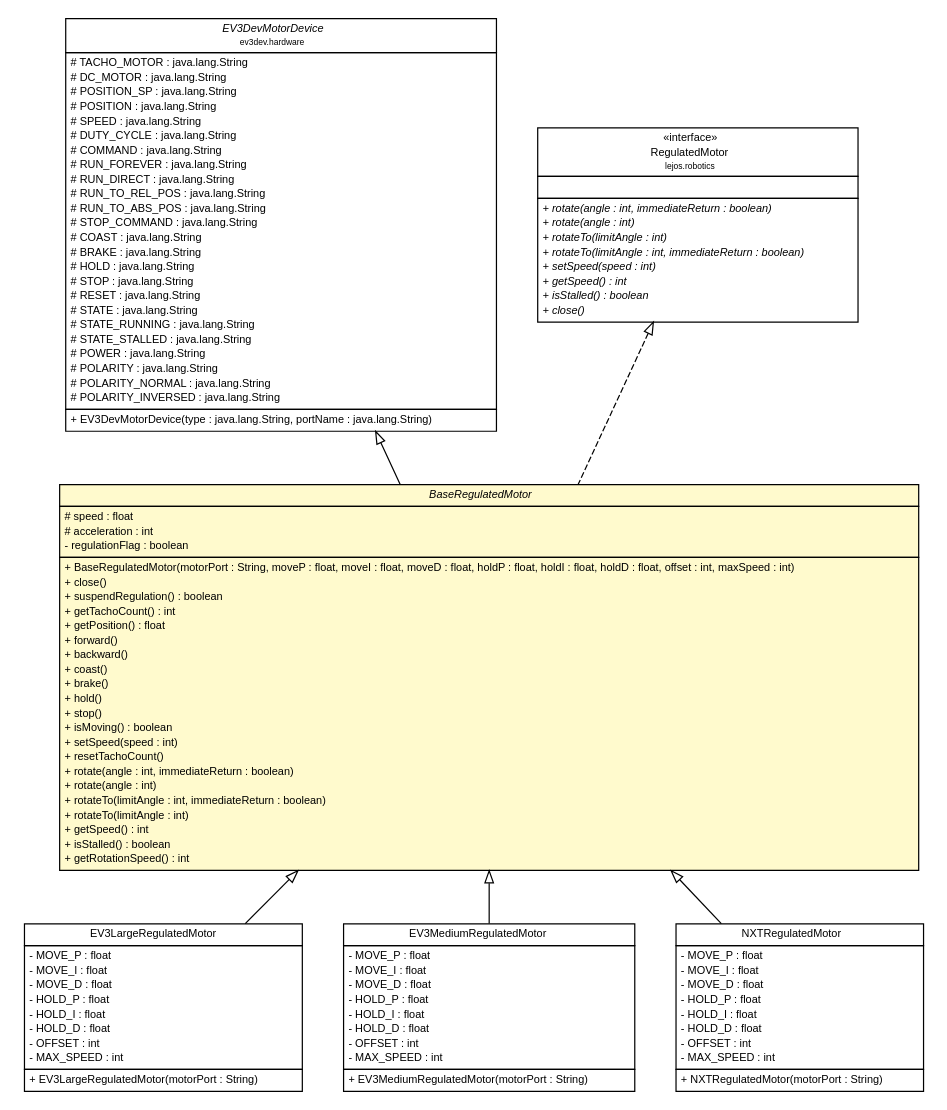
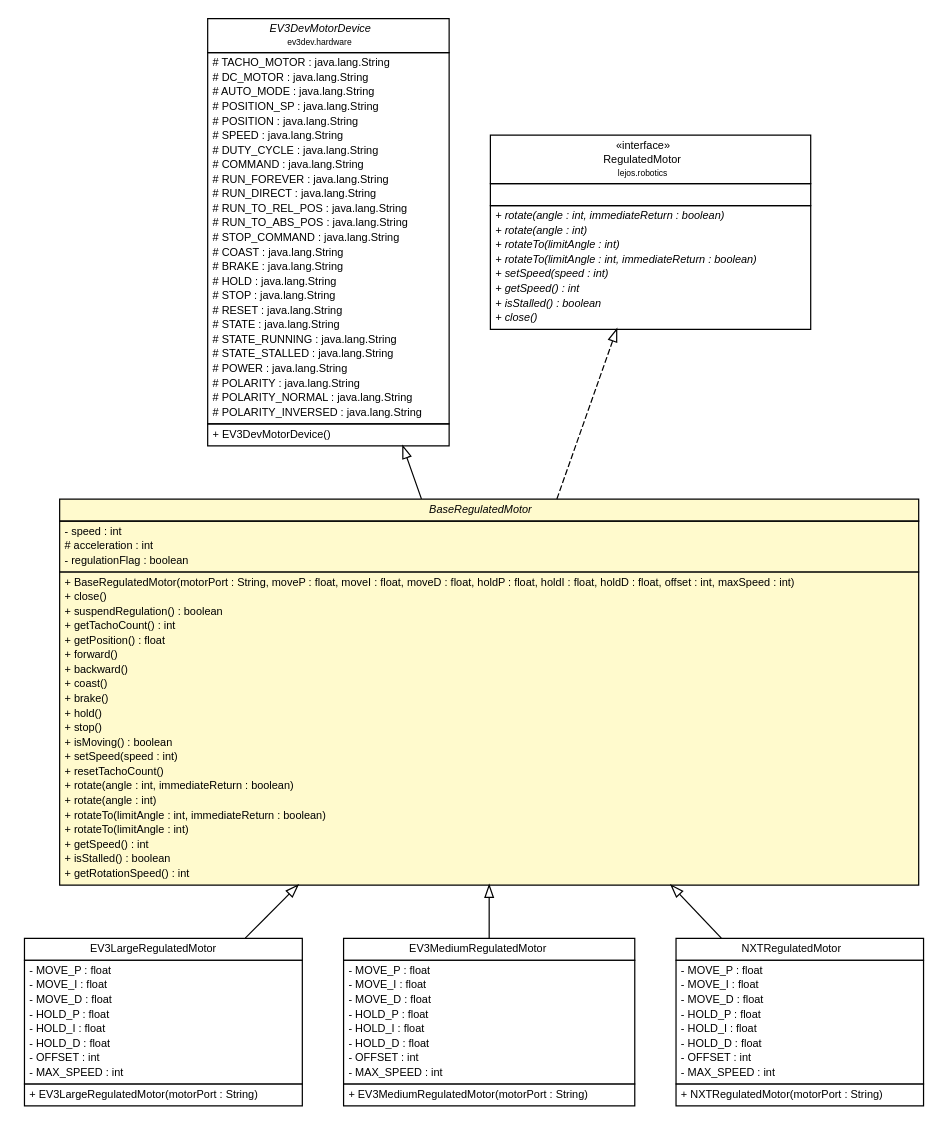
One commit to Project516/ev3dev-lang-java.github.io changed the diagram in docs/api/v0.3.0/ev3dev/hardware/actuators/motors/BaseRegulatedMotor.dot. Above: the diagram before and after it, drawn with Graphviz. The commit also changed 331 other files, not shown here.

```diff
--- a/docs/api/v0.3.0/ev3dev/hardware/actuators/motors/BaseRegulatedMotor.dot
+++ b/docs/api/v0.3.0/ev3dev/hardware/actuators/motors/BaseRegulatedMotor.dot
@@ -10,7 +10,7 @@
 	nodesep=0.25;
 	ranksep=0.5;
 	// ev3dev.hardware.EV3DevMotorDevice
-	c1547 [label=<<table title="ev3dev.hardware.EV3DevMotorDevice" border="0" cellborder="1" cellspacing="0" cellpadding="2" port="p" href="../../EV3DevMotorDevice.html">
+	c1345 [label=<<table title="ev3dev.hardware.EV3DevMotorDevice" border="0" cellborder="1" cellspacing="0" cellpadding="2" port="p" href="../../EV3DevMotorDevice.html">
 		<tr><td><table border="0" cellspacing="0" cellpadding="1">
 <tr><td align="center" balign="center"><font face="Helvetica-Oblique"> EV3DevMotorDevice </font></td></tr>
 <tr><td align="center" balign="center"><font point-size="7.0"> ev3dev.hardware </font></td></tr>
@@ -18,6 +18,7 @@
 		<tr><td><table border="0" cellspacing="0" cellpadding="1">
 <tr><td align="left" balign="left"> # TACHO_MOTOR : java.lang.String </td></tr>
 <tr><td align="left" balign="left"> # DC_MOTOR : java.lang.String </td></tr>
+<tr><td align="left" balign="left"> # AUTO_MODE : java.lang.String </td></tr>
 <tr><td align="left" balign="left"> # POSITION_SP : java.lang.String </td></tr>
 <tr><td align="left" balign="left"> # POSITION : java.lang.String </td></tr>
 <tr><td align="left" balign="left"> # SPEED : java.lang.String </td></tr>
@@ -42,16 +43,16 @@
 <tr><td align="left" balign="left"> # POLARITY_INVERSED : java.lang.String </td></tr>
 		</table></td></tr>
 		<tr><td><table border="0" cellspacing="0" cellpadding="1">
-<tr><td align="left" balign="left"> + EV3DevMotorDevice(type : java.lang.String, portName : java.lang.String) </td></tr>
+<tr><td align="left" balign="left"> + EV3DevMotorDevice() </td></tr>
 		</table></td></tr>
 		</table>>, URL="../../EV3DevMotorDevice.html", fontname="Helvetica", fontcolor="black", fontsize=9.0];
 	// ev3dev.hardware.actuators.motors.BaseRegulatedMotor
-	c1552 [label=<<table title="ev3dev.hardware.actuators.motors.BaseRegulatedMotor" border="0" cellborder="1" cellspacing="0" cellpadding="2" port="p" bgcolor="lemonChiffon" href="./BaseRegulatedMotor.html">
+	c1350 [label=<<table title="ev3dev.hardware.actuators.motors.BaseRegulatedMotor" border="0" cellborder="1" cellspacing="0" cellpadding="2" port="p" bgcolor="lemonChiffon" href="./BaseRegulatedMotor.html">
 		<tr><td><table border="0" cellspacing="0" cellpadding="1">
 <tr><td align="center" balign="center"><font face="Helvetica-Oblique"> BaseRegulatedMotor </font></td></tr>
 		</table></td></tr>
 		<tr><td><table border="0" cellspacing="0" cellpadding="1">
-<tr><td align="left" balign="left"> # speed : float </td></tr>
+<tr><td align="left" balign="left"> - speed : int </td></tr>
 <tr><td align="left" balign="left"> # acceleration : int </td></tr>
 <tr><td align="left" balign="left"> - regulationFlag : boolean </td></tr>
 		</table></td></tr>
@@ -80,7 +81,7 @@
 		</table></td></tr>
 		</table>>, URL="./BaseRegulatedMotor.html", fontname="Helvetica", fontcolor="black", fontsize=9.0];
 	// ev3dev.hardware.actuators.motors.EV3LargeRegulatedMotor
-	c1554 [label=<<table title="ev3dev.hardware.actuators.motors.EV3LargeRegulatedMotor" border="0" cellborder="1" cellspacing="0" cellpadding="2" port="p" href="./EV3LargeRegulatedMotor.html">
+	c1352 [label=<<table title="ev3dev.hardware.actuators.motors.EV3LargeRegulatedMotor" border="0" cellborder="1" cellspacing="0" cellpadding="2" port="p" href="./EV3LargeRegulatedMotor.html">
 		<tr><td><table border="0" cellspacing="0" cellpadding="1">
 <tr><td align="center" balign="center"> EV3LargeRegulatedMotor </td></tr>
 		</table></td></tr>
@@ -99,7 +100,7 @@
 		</table></td></tr>
 		</table>>, URL="./EV3LargeRegulatedMotor.html", fontname="Helvetica", fontcolor="black", fontsize=9.0];
 	// ev3dev.hardware.actuators.motors.EV3MediumRegulatedMotor
-	c1555 [label=<<table title="ev3dev.hardware.actuators.motors.EV3MediumRegulatedMotor" border="0" cellborder="1" cellspacing="0" cellpadding="2" port="p" href="./EV3MediumRegulatedMotor.html">
+	c1353 [label=<<table title="ev3dev.hardware.actuators.motors.EV3MediumRegulatedMotor" border="0" cellborder="1" cellspacing="0" cellpadding="2" port="p" href="./EV3MediumRegulatedMotor.html">
 		<tr><td><table border="0" cellspacing="0" cellpadding="1">
 <tr><td align="center" balign="center"> EV3MediumRegulatedMotor </td></tr>
 		</table></td></tr>
@@ -118,7 +119,7 @@
 		</table></td></tr>
 		</table>>, URL="./EV3MediumRegulatedMotor.html", fontname="Helvetica", fontcolor="black", fontsize=9.0];
 	// ev3dev.hardware.actuators.motors.NXTRegulatedMotor
-	c1556 [label=<<table title="ev3dev.hardware.actuators.motors.NXTRegulatedMotor" border="0" cellborder="1" cellspacing="0" cellpadding="2" port="p" href="./NXTRegulatedMotor.html">
+	c1354 [label=<<table title="ev3dev.hardware.actuators.motors.NXTRegulatedMotor" border="0" cellborder="1" cellspacing="0" cellpadding="2" port="p" href="./NXTRegulatedMotor.html">
 		<tr><td><table border="0" cellspacing="0" cellpadding="1">
 <tr><td align="center" balign="center"> NXTRegulatedMotor </td></tr>
 		</table></td></tr>
@@ -137,7 +138,7 @@
 		</table></td></tr>
 		</table>>, URL="./NXTRegulatedMotor.html", fontname="Helvetica", fontcolor="black", fontsize=9.0];
 	// lejos.robotics.RegulatedMotor
-	c1599 [label=<<table title="lejos.robotics.RegulatedMotor" border="0" cellborder="1" cellspacing="0" cellpadding="2" port="p" href="../../../../lejos/robotics/RegulatedMotor.html">
+	c1395 [label=<<table title="lejos.robotics.RegulatedMotor" border="0" cellborder="1" cellspacing="0" cellpadding="2" port="p" href="../../../../lejos/robotics/RegulatedMotor.html">
 		<tr><td><table border="0" cellspacing="0" cellpadding="1">
 <tr><td align="center" balign="center"> &#171;interface&#187; </td></tr>
 <tr><td align="center" balign="center"> RegulatedMotor </td></tr>
@@ -158,13 +159,13 @@
 		</table></td></tr>
 		</table>>, URL="../../../../lejos/robotics/RegulatedMotor.html", fontname="Helvetica", fontcolor="black", fontsize=9.0];
 	//ev3dev.hardware.actuators.motors.BaseRegulatedMotor extends ev3dev.hardware.EV3DevMotorDevice
-	c1547:p -> c1552:p [dir=back,arrowtail=empty];
+	c1345:p -> c1350:p [dir=back,arrowtail=empty];
 	//ev3dev.hardware.actuators.motors.BaseRegulatedMotor implements lejos.robotics.RegulatedMotor
-	c1599:p -> c1552:p [dir=back,arrowtail=empty,style=dashed];
+	c1395:p -> c1350:p [dir=back,arrowtail=empty,style=dashed];
 	//ev3dev.hardware.actuators.motors.EV3LargeRegulatedMotor extends ev3dev.hardware.actuators.motors.BaseRegulatedMotor
-	c1552:p -> c1554:p [dir=back,arrowtail=empty];
+	c1350:p -> c1352:p [dir=back,arrowtail=empty];
 	//ev3dev.hardware.actuators.motors.EV3MediumRegulatedMotor extends ev3dev.hardware.actuators.motors.BaseRegulatedMotor
-	c1552:p -> c1555:p [dir=back,arrowtail=empty];
+	c1350:p -> c1353:p [dir=back,arrowtail=empty];
 	//ev3dev.hardware.actuators.motors.NXTRegulatedMotor extends ev3dev.hardware.actuators.motors.BaseRegulatedMotor
-	c1552:p -> c1556:p [dir=back,arrowtail=empty];
+	c1350:p -> c1354:p [dir=back,arrowtail=empty];
 }
```
